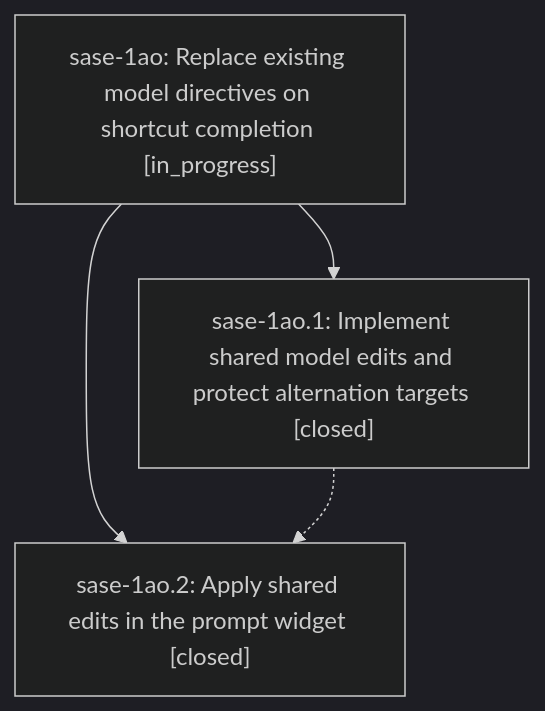
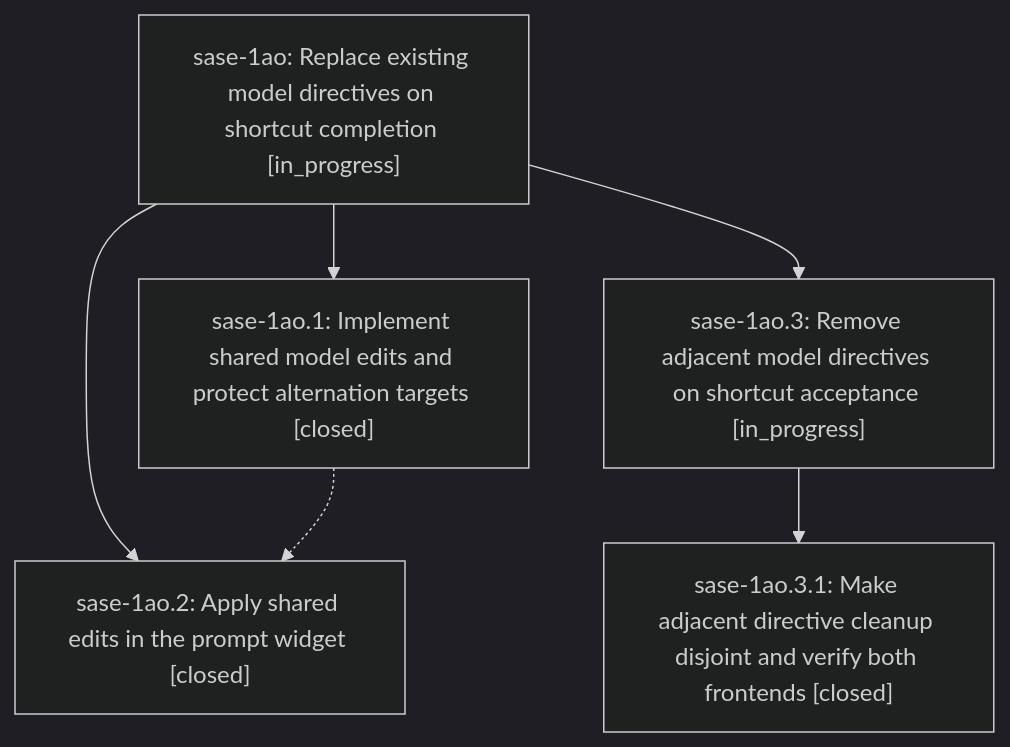
One commit to sase-org/sase--beads changed the diagram in pages/sase-1ao/README.md. Above: the diagram before and after it, drawn with Mermaid (dark theme). The commit also changed other lines of this file and 3 other files, not shown here.

````diff
--- a/pages/sase-1ao/README.md
+++ b/pages/sase-1ao/README.md
@@ -23,9 +41,13 @@
 ```mermaid
 flowchart TD
     n0["sase-1ao: Replace existing model directives on shortcut completion [in_progress]"]
     n1["sase-1ao.1: Implement shared model edits and protect alternation targets [closed]"]
     n2["sase-1ao.2: Apply shared edits in the prompt widget [closed]"]
+    n3["sase-1ao.3: Remove adjacent model directives on shortcut acceptance [in_progress]"]
+    n4["sase-1ao.3.1: Make adjacent directive cleanup disjoint and verify both frontends [closed]"]
     n0 --> n1
     n0 --> n2
+    n0 --> n3
+    n3 --> n4
     n1 -.-> n2
 ```
````
